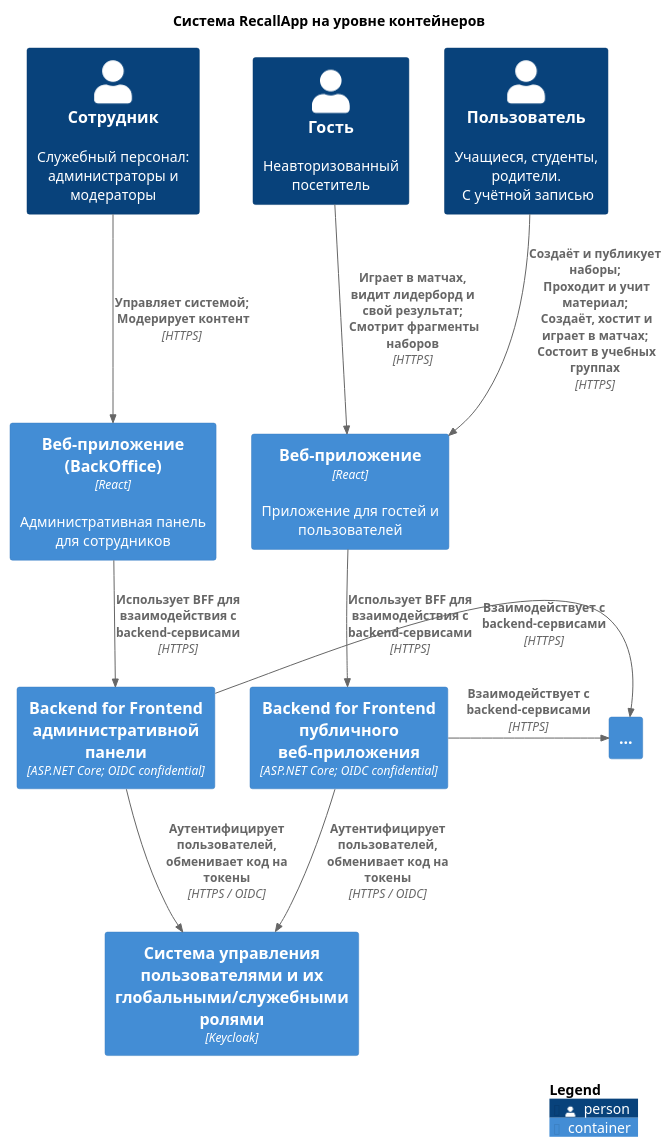
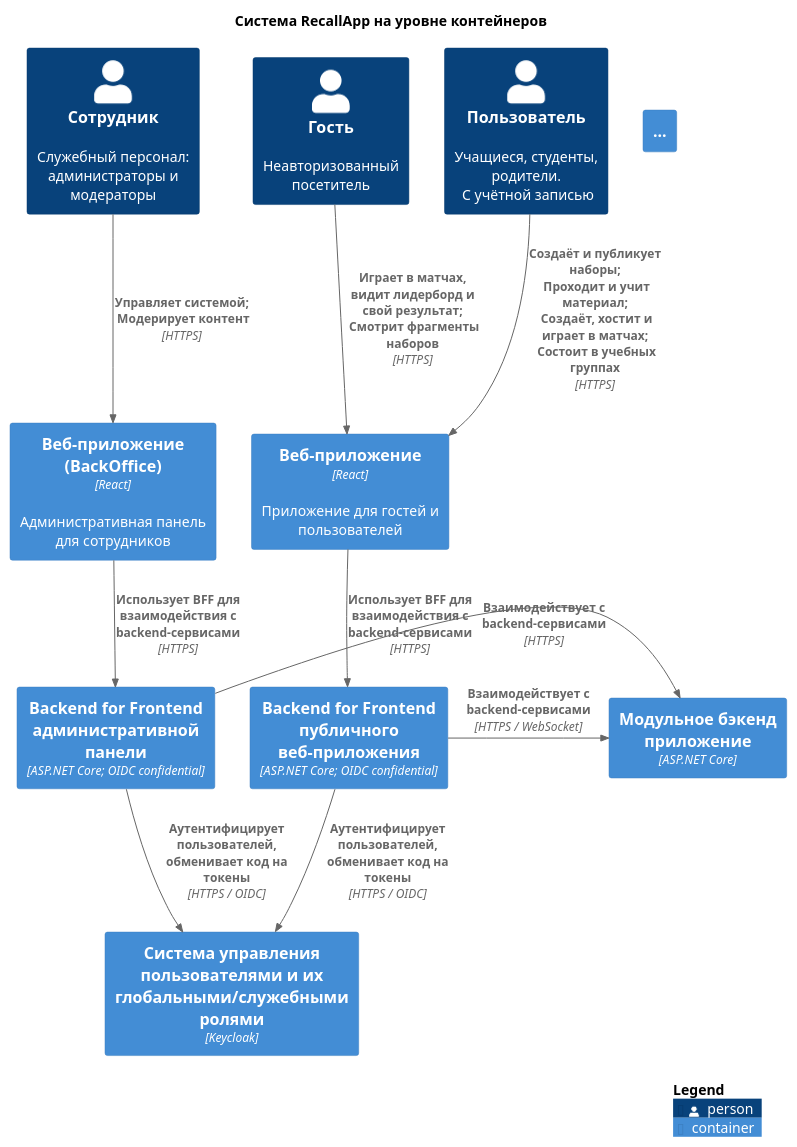
Before and after one commit to itacademy-edms-team/24_3_DNDE: the diagram in RecallApp/docs/diagrams/с4 - containers.puml, drawn with PlantUML. The commit also changed 2 other files, not shown here.

Commit message:
docs: add adr draft "ADR 0013. Архитектурный стиль бэкенда: модульный монолит", update c4-containers diagram

```diff
--- a/RecallApp/docs/diagrams/с4 - containers.puml
+++ b/RecallApp/docs/diagrams/с4 - containers.puml
@@ -1,33 +1,34 @@
 @startuml C4 - Containers - RecallApp
 title Система RecallApp на уровне контейнеров
 top to bottom direction
 
 !include <C4/C4_Container>
 
 Person(personGuest, "Гость", "Неавторизованный посетитель")
 Person(personUser, "Пользователь", "Учащиеся, студенты, родители. \n С учётной записью")
 Person(personStaff, "Сотрудник", "Служебный персонал: администраторы и модераторы")
 
 Container(spa, "Веб-приложение", "React", "Приложение для гостей и пользователей")
 Container(spaBackOffice, "Веб-приложение (BackOffice)", "React", "Административная панель для сотрудников")
 Container(webBff, "Backend for Frontend публичного веб-приложения", "ASP.NET Core; OIDC confidential")
 Container(webBackOfficeBff, "Backend for Frontend административной панели", "ASP.NET Core; OIDC confidential")
 Container(iam, "Система управления пользователями и их глобальными/служебными ролями", "Keycloak")
+Container(modularMonolithApp, "Модульное бэкенд приложение", "ASP.NET Core")
 Container(tbd, "...")
 
 Rel(personGuest, spa, "Играет в матчах, видит лидерборд и свой результат; \n Смотрит фрагменты наборов", "HTTPS")
 Rel(personUser, spa, "Создаёт и публикует наборы; \n Проходит и учит материал; \n Создаёт, хостит и играет в матчах; \n Состоит в учебных группах", "HTTPS")
 Rel(personStaff, spaBackOffice, "Управляет системой; \n Модерирует контент", "HTTPS")
 
 Rel(spa, webBff, "Использует BFF для взаимодействия с backend-сервисами", "HTTPS")
 Rel(spaBackOffice, webBackOfficeBff, "Использует BFF для взаимодействия с backend-сервисами", "HTTPS")
 
 Rel(webBff, iam, "Аутентифицирует пользователей, обменивает код на токены", "HTTPS / OIDC")
 Rel(webBackOfficeBff, iam, "Аутентифицирует пользователей, обменивает код на токены", "HTTPS / OIDC")
 
-Rel_R(webBff, tbd, "Взаимодействует с backend-сервисами", "HTTPS")
-Rel_R(webBackOfficeBff, tbd, "Взаимодействует с backend-сервисами", "HTTPS")
+Rel_R(webBff, modularMonolithApp, "Взаимодействует с backend-сервисами", "HTTPS / WebSocket")
+Rel_R(webBackOfficeBff, modularMonolithApp, "Взаимодействует с backend-сервисами", "HTTPS")
 
 SHOW_LEGEND()
 
 @enduml
```
